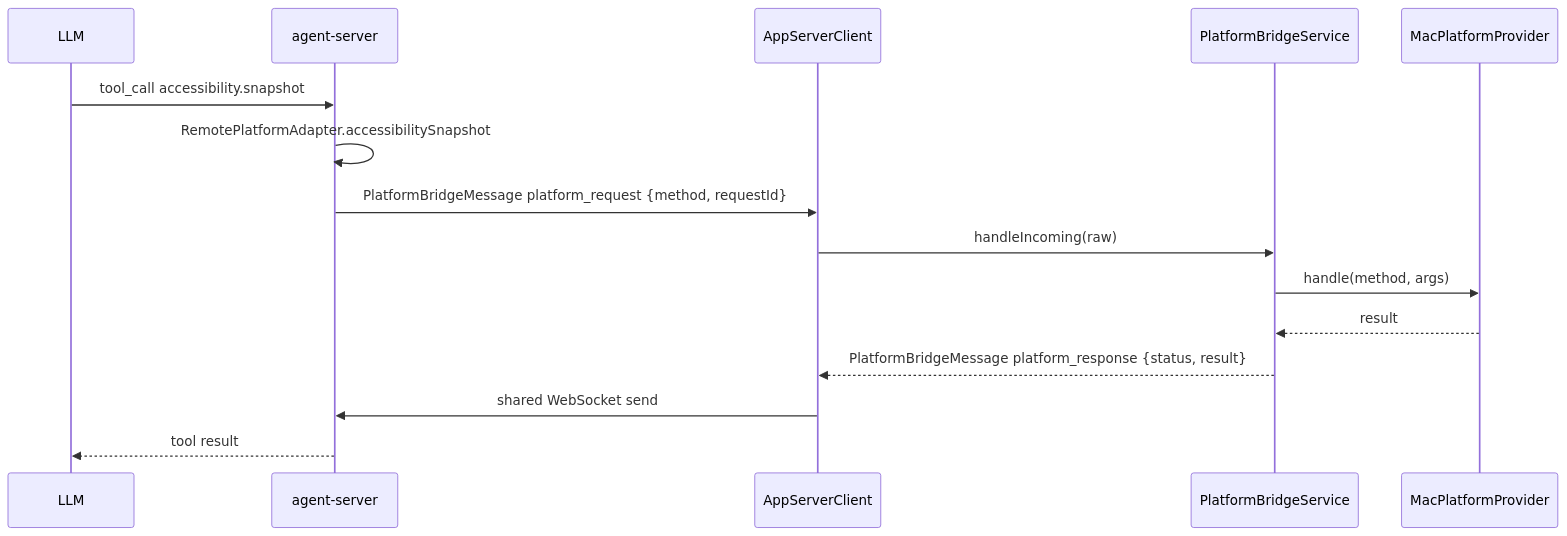
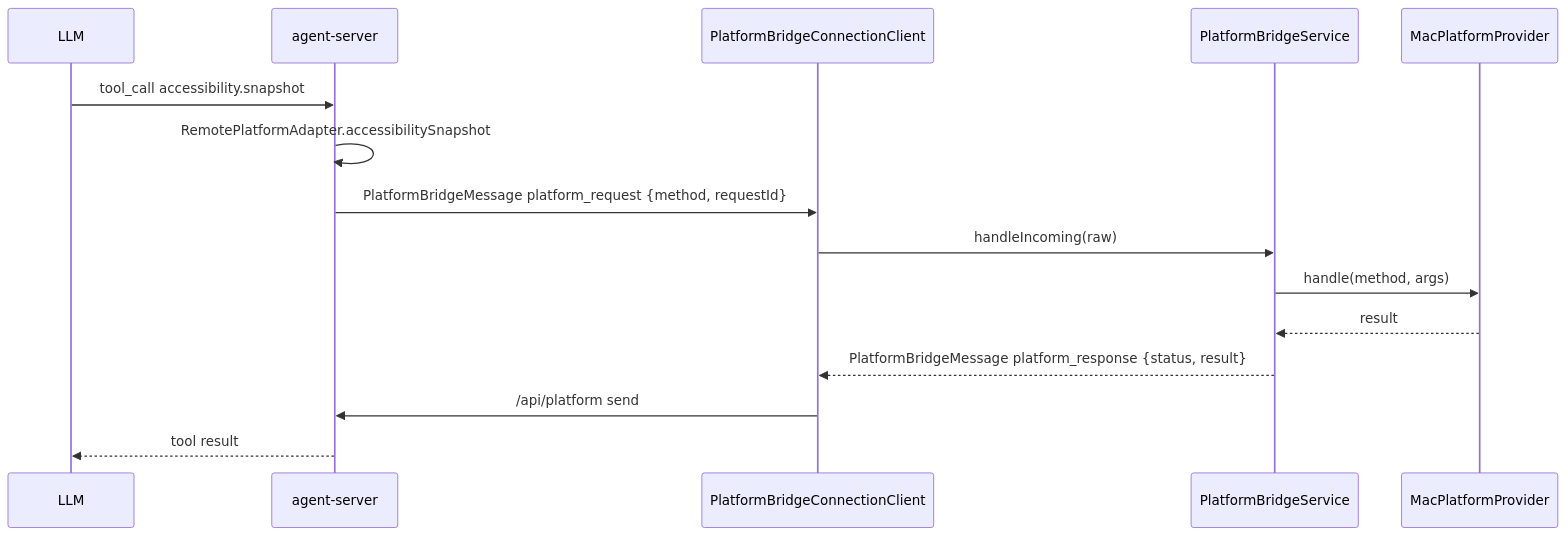
One commit to Lixuhang987/SpotAgent changed the diagram in apps/desktop/Sources/AppServices/PlatformBridge/platform-bridge.md. Above: the diagram before and after it, drawn with Mermaid. The commit also changed other lines of this file and 13 other files, not shown here.

````diff
--- a/apps/desktop/Sources/AppServices/PlatformBridge/platform-bridge.md
+++ b/apps/desktop/Sources/AppServices/PlatformBridge/platform-bridge.md
@@ -18,18 +18,18 @@
 ```mermaid
 sequenceDiagram
   participant LLM
   participant Server as agent-server
-  participant Client as AppServerClient
+  participant Client as PlatformBridgeConnectionClient
   participant Bridge as PlatformBridgeService
   participant Mac as MacPlatformProvider
 
   LLM->>Server: tool_call accessibility.snapshot
   Server->>Server: RemotePlatformAdapter.accessibilitySnapshot
   Server->>Client: PlatformBridgeMessage platform_request {method, requestId}
   Client->>Bridge: handleIncoming(raw)
   Bridge->>Mac: handle(method, args)
   Mac-->>Bridge: result
   Bridge-->>Client: PlatformBridgeMessage platform_response {status, result}
-  Client->>Server: shared WebSocket send
+  Client->>Server: /api/platform send
   Server-->>LLM: tool result
 ```
````
